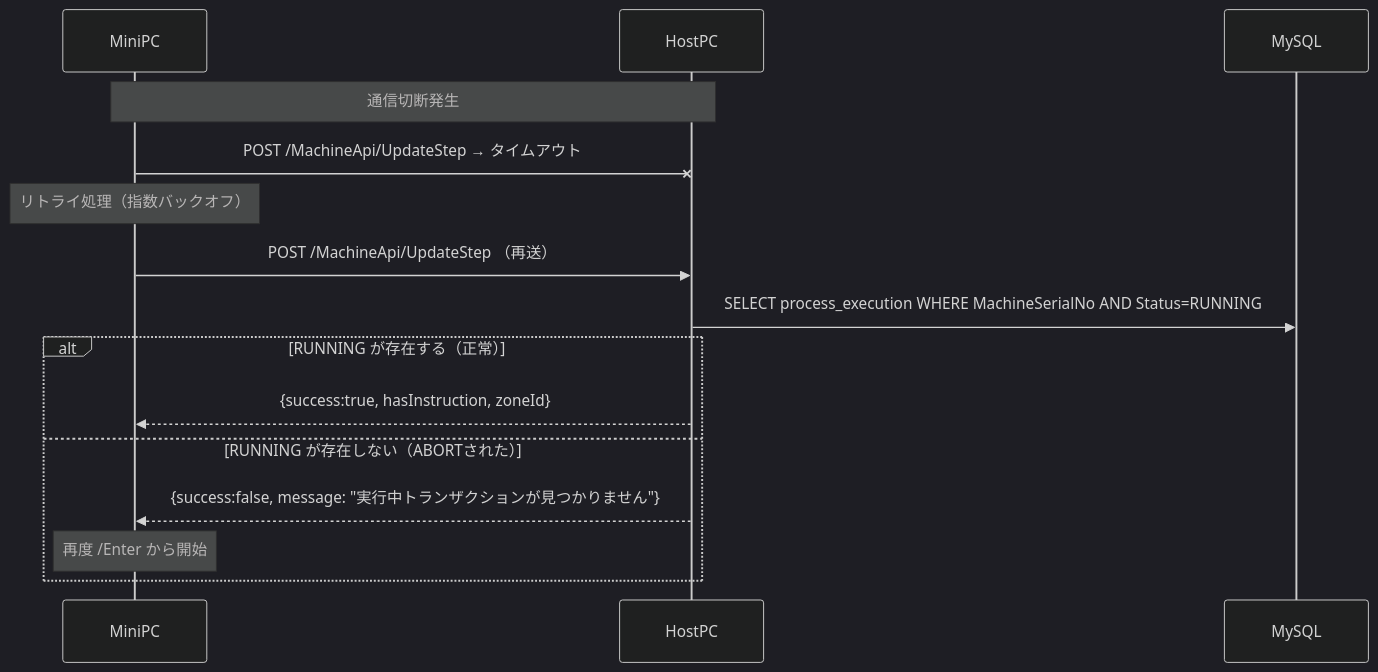
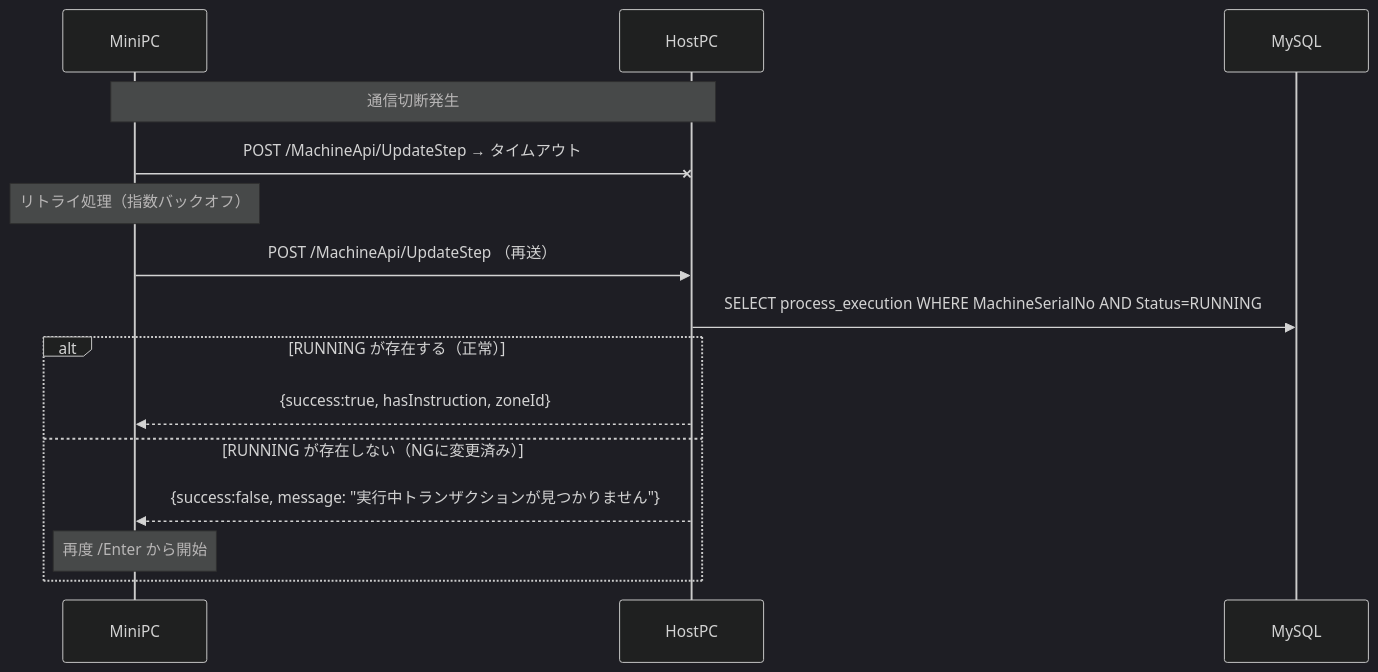
One commit to namagi14-lab/spica-warranty-design changed the fifth of 5 diagrams in docs/05_sequence.md. Above: the diagram before and after it, drawn with Mermaid (dark theme). The commit also changed 5 other files, not shown here.

````diff
--- a/docs/05_sequence.md
+++ b/docs/05_sequence.md
@@ -183,22 +183,22 @@
 ```mermaid
 sequenceDiagram
   participant M  as MiniPC
   participant H  as HostPC
   participant DB as MySQL
 
   Note over M,H: 通信切断発生
 
   M-xH: POST /MachineApi/UpdateStep → タイムアウト
 
   Note over M: リトライ処理（指数バックオフ）
 
   M->>H: POST /MachineApi/UpdateStep （再送）
   H->>DB: SELECT process_execution WHERE MachineSerialNo AND Status=RUNNING
 
   alt RUNNING が存在する（正常）
     H-->>M: {success:true, hasInstruction, zoneId}
-  else RUNNING が存在しない（ABORTされた）
+  else RUNNING が存在しない（NGに変更済み）
     H-->>M: {success:false, message: "実行中トランザクションが見つかりません"}
     Note over M: 再度 /Enter から開始
   end
 ```
````
